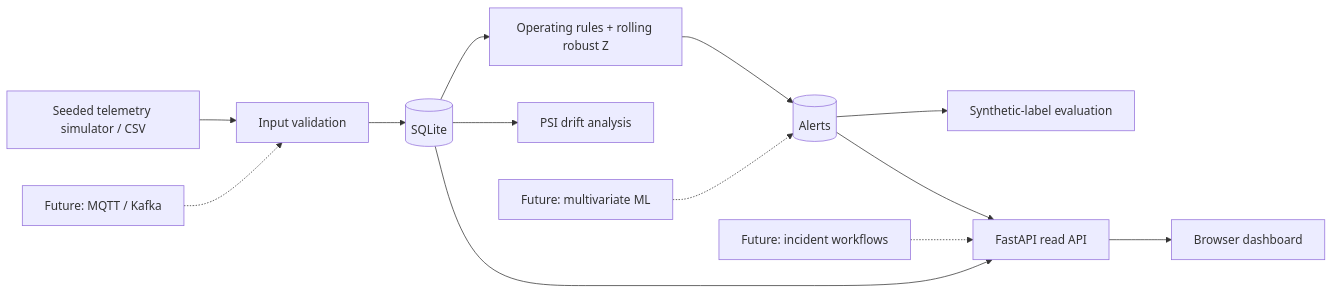
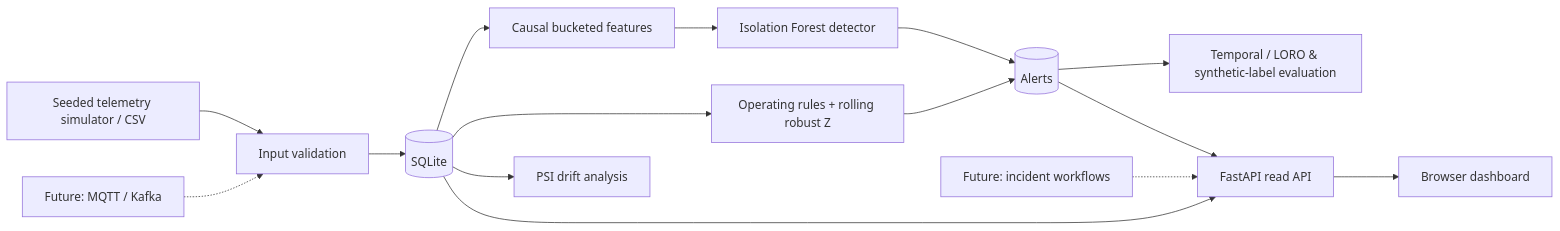
Before and after one commit to jnbalaji-jb/rigpulse-telemetry-lab: the diagram in README.md, drawn with Mermaid. The commit also changed other lines of this file and 13 other files, not shown here.

Commit message:
feat(m1): add Isolation Forest detector and temporal/LORO backtesting

````diff
--- a/README.md
+++ b/README.md
@@ -119,15 +112,17 @@
 ```mermaid
 flowchart LR
     S[Seeded telemetry simulator / CSV] --> V[Input validation]
     V --> DB[(SQLite)]
+    DB --> F[Causal bucketed features]
+    F --> ML[Isolation Forest detector]
     DB --> D[Operating rules + rolling robust Z]
     D --> A[(Alerts)]
+    ML --> A
     DB --> P[PSI drift analysis]
-    A --> EV[Synthetic-label evaluation]
+    A --> EV[Temporal / LORO & synthetic-label evaluation]
     DB --> API[FastAPI read API]
     A --> API
     API --> UI[Browser dashboard]
     FUT1[Future: MQTT / Kafka] -.-> V
-    FUT2[Future: multivariate ML] -.-> A
     FUT3[Future: incident workflows] -.-> API
 ```
````
